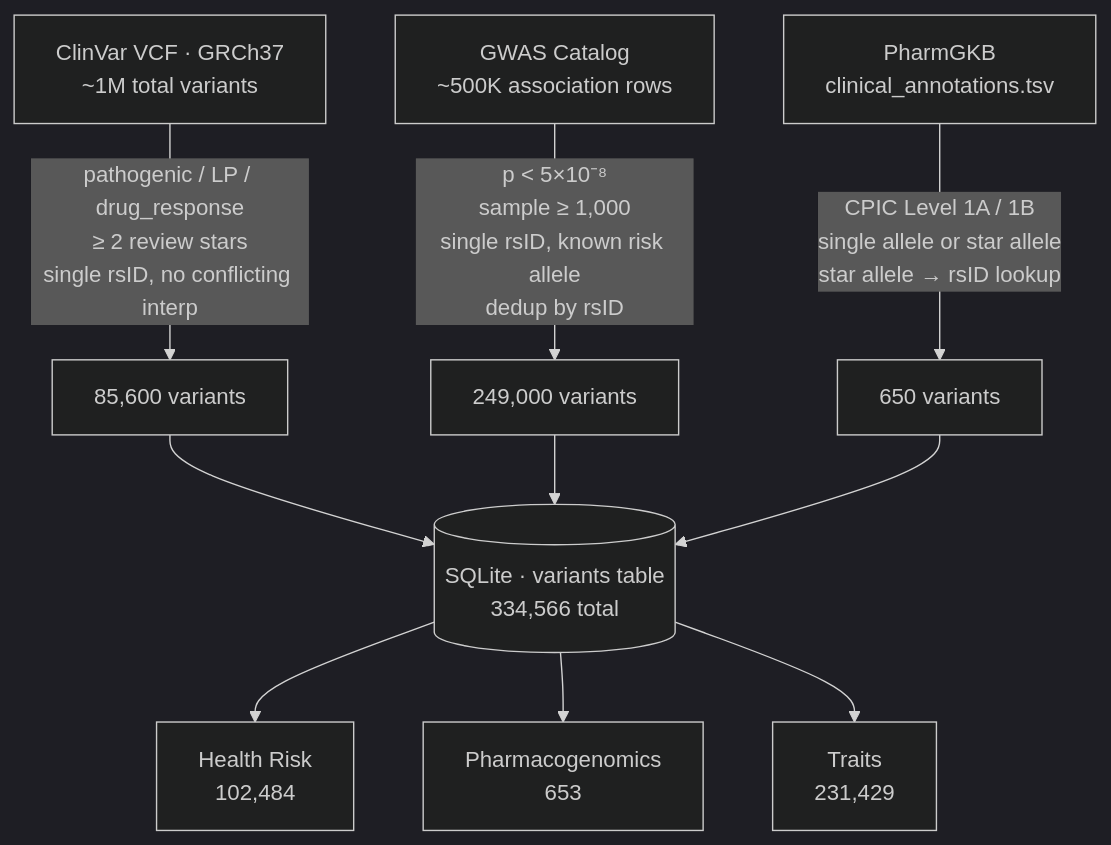
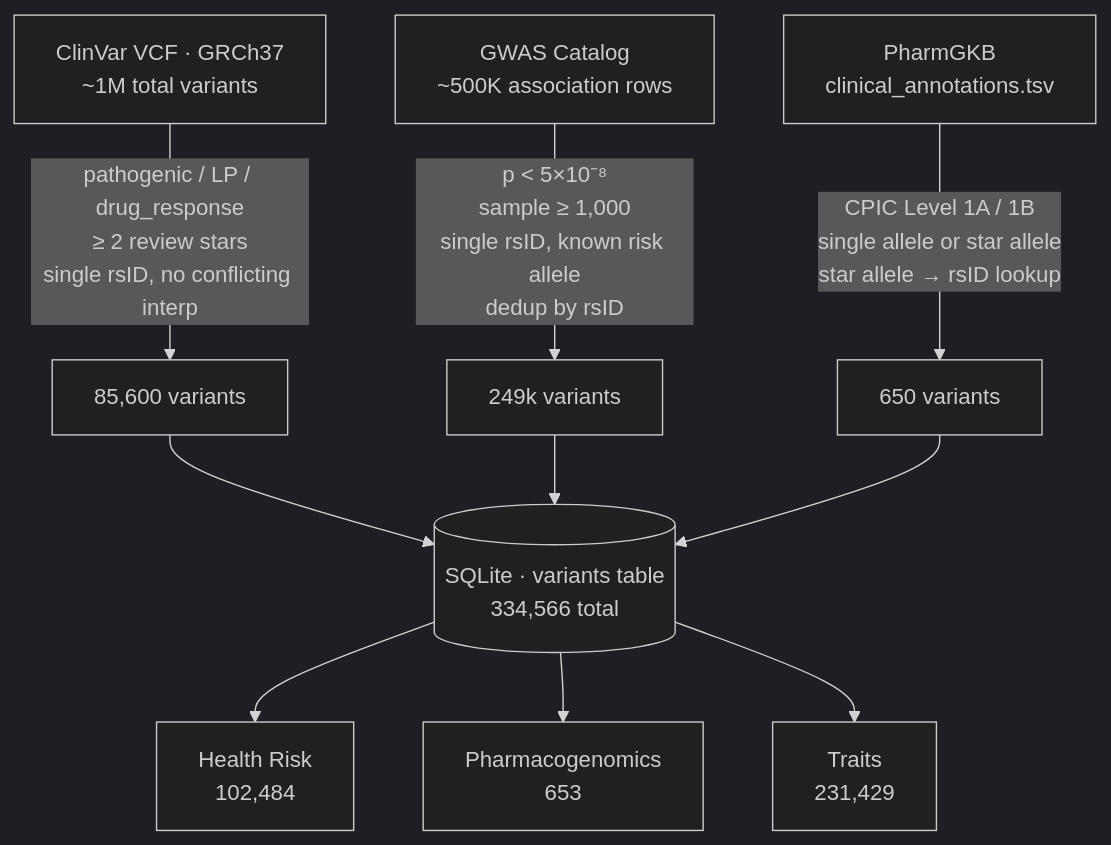
The diagram in src/content/blog/04_genesnap.md (syao13/syao13.github.io), drawn with Mermaid (dark theme) before and after one commit. The commit also changed other lines of this file, not shown here.

````diff
--- a/src/content/blog/04_genesnap.md
+++ b/src/content/blog/04_genesnap.md
@@ -78,14 +78,14 @@
 ```mermaid
 flowchart TD
     A["ClinVar VCF · GRCh37\n~1M total variants"] -->|"pathogenic / LP / drug_response\n≥ 2 review stars\nsingle rsID, no conflicting interp"| B["85,600 variants"]
-    C["GWAS Catalog\n~500K association rows"] -->|"p < 5×10⁻⁸\nsample ≥ 1,000\nsingle rsID, known risk allele\ndedup by rsID"| D["249,000 variants"]
+    C["GWAS Catalog\n~500K association rows"] -->|"p < 5×10⁻⁸\nsample ≥ 1,000\nsingle rsID, known risk allele\ndedup by rsID"| D["249k variants"]
     E["PharmGKB\nclinical_annotations.tsv"] -->|"CPIC Level 1A / 1B\nsingle allele or star allele\nstar allele → rsID lookup"| F["650 variants"]
 
     B --> G[("SQLite · variants table\n334,566 total")]
     D --> G
     F --> G
 
     G --> H["Health Risk\n102,484"]
     G --> I["Pharmacogenomics\n653"]
     G --> J["Traits\n231,429"]
 ```
````
